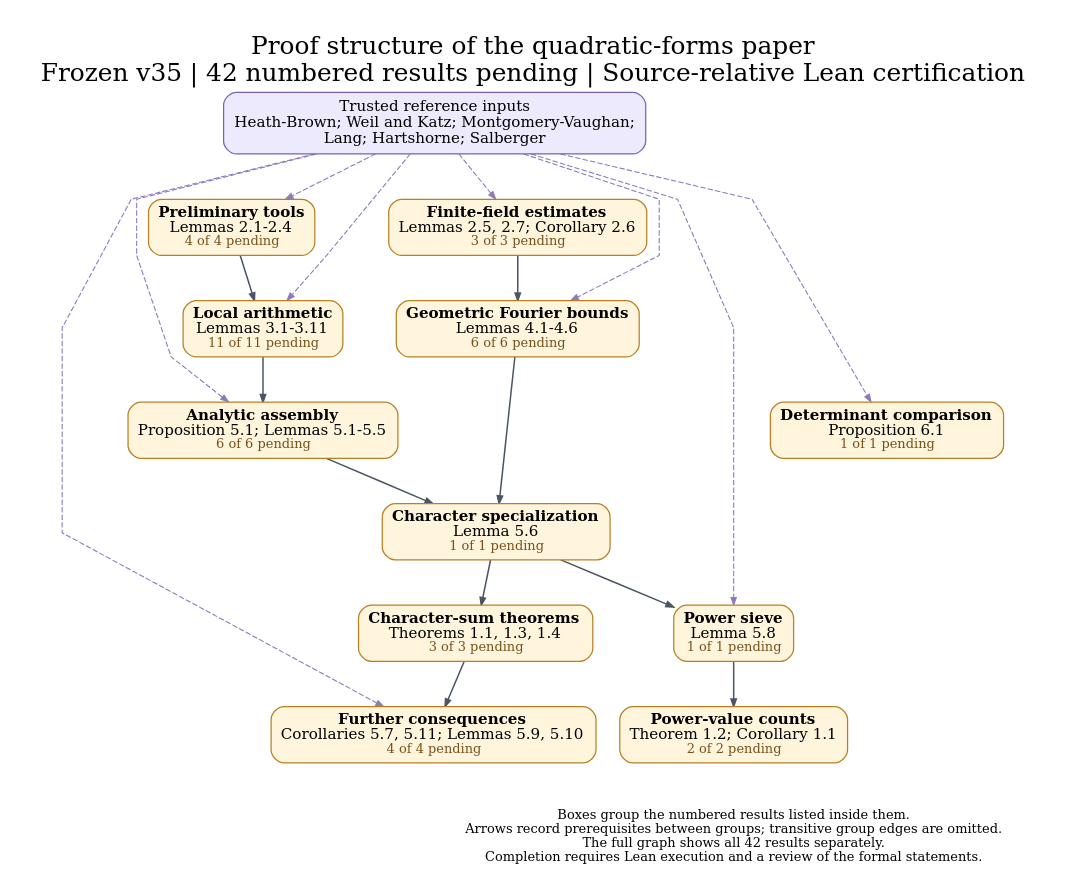
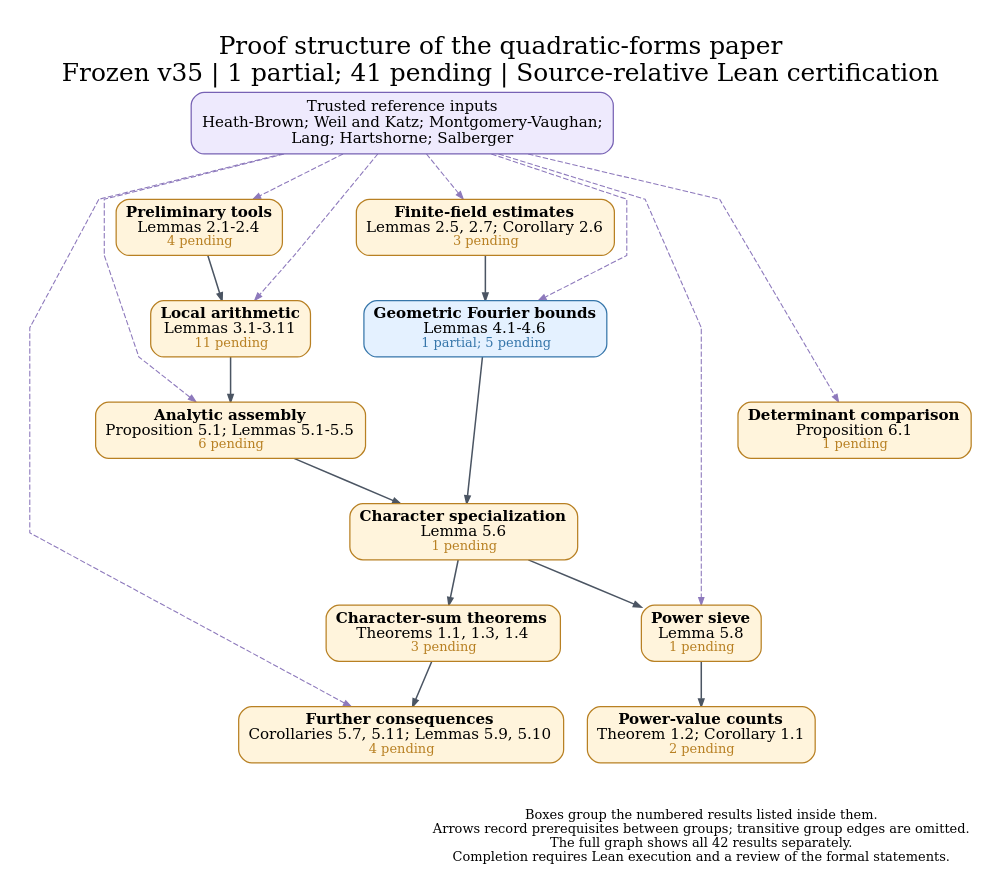
The diagram in docs/dependency_overview.dot (nicolasrobles/quaternary-quadratic-forms), drawn with Graphviz before and after one commit. The commit also changed 26 other files, not shown here.

First line of the commit message:
Prove the finite-field Fourier ray identity and polynomial weight properties

```diff
--- a/docs/dependency_overview.dot
+++ b/docs/dependency_overview.dot
@@ -1,43 +1,43 @@
 digraph Overview {
 graph [rankdir=TB, newrank=true, compound=true, outputorder=edgesfirst,
   bgcolor="white", fontname="DejaVu Serif", fontsize=23, labelloc=t,
-  label="Proof structure of the quadratic-forms paper\nFrozen v35 | 42 numbered results pending | Source-relative Lean certification",
+  label="Proof structure of the quadratic-forms paper\nFrozen v35 | 1 partial; 41 pending | Source-relative Lean certification",
   nodesep=0.30, ranksep=0.58, pad=0.28, splines=polyline];
 node [shape=box, style="rounded,filled", fillcolor="#fff4dc", color="#b88023",
   fontname="DejaVu Serif", fontsize=14, penwidth=1.15, margin="0.12,0.09"];
 edge [color="#4b5563", arrowsize=0.70, penwidth=1.05];
 sources [label="Trusted reference inputs\nHeath-Brown; Weil and Katz; Montgomery-Vaughan;\nLang; Hartshorne; Salberger", fillcolor="#eeeafd", color="#7762b4", fontsize=14];
-"prelim" [label=<<B>Preliminary tools</B><BR/>Lemmas 2.1-2.4<BR/><FONT POINT-SIZE="12" COLOR="#78511a">4 of 4 pending</FONT>>, URL="https://github.com/nicolasrobles/quaternary-quadratic-forms/blob/main/INVENTORY.md", target="_blank"];
-"finite" [label=<<B>Finite-field estimates</B><BR/>Lemmas 2.5, 2.7; Corollary 2.6<BR/><FONT POINT-SIZE="12" COLOR="#78511a">3 of 3 pending</FONT>>, URL="https://github.com/nicolasrobles/quaternary-quadratic-forms/blob/main/INVENTORY.md", target="_blank"];
-"local" [label=<<B>Local arithmetic</B><BR/>Lemmas 3.1-3.11<BR/><FONT POINT-SIZE="12" COLOR="#78511a">11 of 11 pending</FONT>>, URL="https://github.com/nicolasrobles/quaternary-quadratic-forms/blob/main/INVENTORY.md", target="_blank"];
-"fourier" [label=<<B>Geometric Fourier bounds</B><BR/>Lemmas 4.1-4.6<BR/><FONT POINT-SIZE="12" COLOR="#78511a">6 of 6 pending</FONT>>, URL="https://github.com/nicolasrobles/quaternary-quadratic-forms/blob/main/INVENTORY.md", target="_blank"];
-"analytic" [label=<<B>Analytic assembly</B><BR/>Proposition 5.1; Lemmas 5.1-5.5<BR/><FONT POINT-SIZE="12" COLOR="#78511a">6 of 6 pending</FONT>>, URL="https://github.com/nicolasrobles/quaternary-quadratic-forms/blob/main/INVENTORY.md", target="_blank"];
-"characters" [label=<<B>Character specialization</B><BR/>Lemma 5.6<BR/><FONT POINT-SIZE="12" COLOR="#78511a">1 of 1 pending</FONT>>, URL="https://github.com/nicolasrobles/quaternary-quadratic-forms/blob/main/INVENTORY.md", target="_blank"];
-"sieve" [label=<<B>Power sieve</B><BR/>Lemma 5.8<BR/><FONT POINT-SIZE="12" COLOR="#78511a">1 of 1 pending</FONT>>, URL="https://github.com/nicolasrobles/quaternary-quadratic-forms/blob/main/INVENTORY.md", target="_blank"];
-"consequences" [label=<<B>Further consequences</B><BR/>Corollaries 5.7, 5.11; Lemmas 5.9, 5.10<BR/><FONT POINT-SIZE="12" COLOR="#78511a">4 of 4 pending</FONT>>, URL="https://github.com/nicolasrobles/quaternary-quadratic-forms/blob/main/INVENTORY.md", target="_blank"];
-"maincharacters" [label=<<B>Character-sum theorems</B><BR/>Theorems 1.1, 1.3, 1.4<BR/><FONT POINT-SIZE="12" COLOR="#78511a">3 of 3 pending</FONT>>, URL="https://github.com/nicolasrobles/quaternary-quadratic-forms/blob/main/INVENTORY.md", target="_blank"];
-"mainpowers" [label=<<B>Power-value counts</B><BR/>Theorem 1.2; Corollary 1.1<BR/><FONT POINT-SIZE="12" COLOR="#78511a">2 of 2 pending</FONT>>, URL="https://github.com/nicolasrobles/quaternary-quadratic-forms/blob/main/INVENTORY.md", target="_blank"];
-"fixed" [label=<<B>Determinant comparison</B><BR/>Proposition 6.1<BR/><FONT POINT-SIZE="12" COLOR="#78511a">1 of 1 pending</FONT>>, URL="https://github.com/nicolasrobles/quaternary-quadratic-forms/blob/main/INVENTORY.md", target="_blank"];
+"prelim" [label=<<B>Preliminary tools</B><BR/>Lemmas 2.1-2.4<BR/><FONT POINT-SIZE="12" COLOR="#b88023">4 pending</FONT>>, fillcolor="#fff4dc", color="#b88023", URL="https://github.com/nicolasrobles/quaternary-quadratic-forms/blob/main/INVENTORY.md", target="_blank"];
+"finite" [label=<<B>Finite-field estimates</B><BR/>Lemmas 2.5, 2.7; Corollary 2.6<BR/><FONT POINT-SIZE="12" COLOR="#b88023">3 pending</FONT>>, fillcolor="#fff4dc", color="#b88023", URL="https://github.com/nicolasrobles/quaternary-quadratic-forms/blob/main/INVENTORY.md", target="_blank"];
+"local" [label=<<B>Local arithmetic</B><BR/>Lemmas 3.1-3.11<BR/><FONT POINT-SIZE="12" COLOR="#b88023">11 pending</FONT>>, fillcolor="#fff4dc", color="#b88023", URL="https://github.com/nicolasrobles/quaternary-quadratic-forms/blob/main/INVENTORY.md", target="_blank"];
+"fourier" [label=<<B>Geometric Fourier bounds</B><BR/>Lemmas 4.1-4.6<BR/><FONT POINT-SIZE="12" COLOR="#3676aa">1 partial; 5 pending</FONT>>, fillcolor="#e4f1ff", color="#3676aa", URL="https://github.com/nicolasrobles/quaternary-quadratic-forms/blob/main/INVENTORY.md", target="_blank"];
+"analytic" [label=<<B>Analytic assembly</B><BR/>Proposition 5.1; Lemmas 5.1-5.5<BR/><FONT POINT-SIZE="12" COLOR="#b88023">6 pending</FONT>>, fillcolor="#fff4dc", color="#b88023", URL="https://github.com/nicolasrobles/quaternary-quadratic-forms/blob/main/INVENTORY.md", target="_blank"];
+"characters" [label=<<B>Character specialization</B><BR/>Lemma 5.6<BR/><FONT POINT-SIZE="12" COLOR="#b88023">1 pending</FONT>>, fillcolor="#fff4dc", color="#b88023", URL="https://github.com/nicolasrobles/quaternary-quadratic-forms/blob/main/INVENTORY.md", target="_blank"];
+"sieve" [label=<<B>Power sieve</B><BR/>Lemma 5.8<BR/><FONT POINT-SIZE="12" COLOR="#b88023">1 pending</FONT>>, fillcolor="#fff4dc", color="#b88023", URL="https://github.com/nicolasrobles/quaternary-quadratic-forms/blob/main/INVENTORY.md", target="_blank"];
+"consequences" [label=<<B>Further consequences</B><BR/>Corollaries 5.7, 5.11; Lemmas 5.9, 5.10<BR/><FONT POINT-SIZE="12" COLOR="#b88023">4 pending</FONT>>, fillcolor="#fff4dc", color="#b88023", URL="https://github.com/nicolasrobles/quaternary-quadratic-forms/blob/main/INVENTORY.md", target="_blank"];
+"maincharacters" [label=<<B>Character-sum theorems</B><BR/>Theorems 1.1, 1.3, 1.4<BR/><FONT POINT-SIZE="12" COLOR="#b88023">3 pending</FONT>>, fillcolor="#fff4dc", color="#b88023", URL="https://github.com/nicolasrobles/quaternary-quadratic-forms/blob/main/INVENTORY.md", target="_blank"];
+"mainpowers" [label=<<B>Power-value counts</B><BR/>Theorem 1.2; Corollary 1.1<BR/><FONT POINT-SIZE="12" COLOR="#b88023">2 pending</FONT>>, fillcolor="#fff4dc", color="#b88023", URL="https://github.com/nicolasrobles/quaternary-quadratic-forms/blob/main/INVENTORY.md", target="_blank"];
+"fixed" [label=<<B>Determinant comparison</B><BR/>Proposition 6.1<BR/><FONT POINT-SIZE="12" COLOR="#b88023">1 pending</FONT>>, fillcolor="#fff4dc", color="#b88023", URL="https://github.com/nicolasrobles/quaternary-quadratic-forms/blob/main/INVENTORY.md", target="_blank"];
 "analytic" -> "characters" [penwidth=1.4];
 "characters" -> "maincharacters" [penwidth=1.4];
 "characters" -> "sieve" [penwidth=1.4];
 "finite" -> "fourier" [penwidth=1.4];
 "fourier" -> "characters" [penwidth=1.4];
 "local" -> "analytic" [penwidth=1.4];
 "maincharacters" -> "consequences" [penwidth=1.4];
 "prelim" -> "local" [penwidth=1.4];
 "sieve" -> "mainpowers" [penwidth=1.4];
 sources -> "analytic" [style=dashed, color="#8d79bc", penwidth=1.0];
 sources -> "consequences" [style=dashed, color="#8d79bc", penwidth=1.0];
 sources -> "finite" [style=dashed, color="#8d79bc", penwidth=1.0];
 sources -> "fixed" [style=dashed, color="#8d79bc", penwidth=1.0];
 sources -> "fourier" [style=dashed, color="#8d79bc", penwidth=1.0];
 sources -> "local" [style=dashed, color="#8d79bc", penwidth=1.0];
 sources -> "prelim" [style=dashed, color="#8d79bc", penwidth=1.0];
 sources -> "sieve" [style=dashed, color="#8d79bc", penwidth=1.0];
 legend [shape=plain, style="", label="Boxes group the numbered results listed inside them.\nArrows record prerequisites between groups; transitive group edges are omitted.\nThe full graph shows all 42 results separately.\nCompletion requires Lean execution and a review of the formal statements.", fontsize=12];
 {rank=sink; legend;}
 "consequences" -> legend [style=invis];
 "fixed" -> legend [style=invis];
 "mainpowers" -> legend [style=invis];
 }
```
